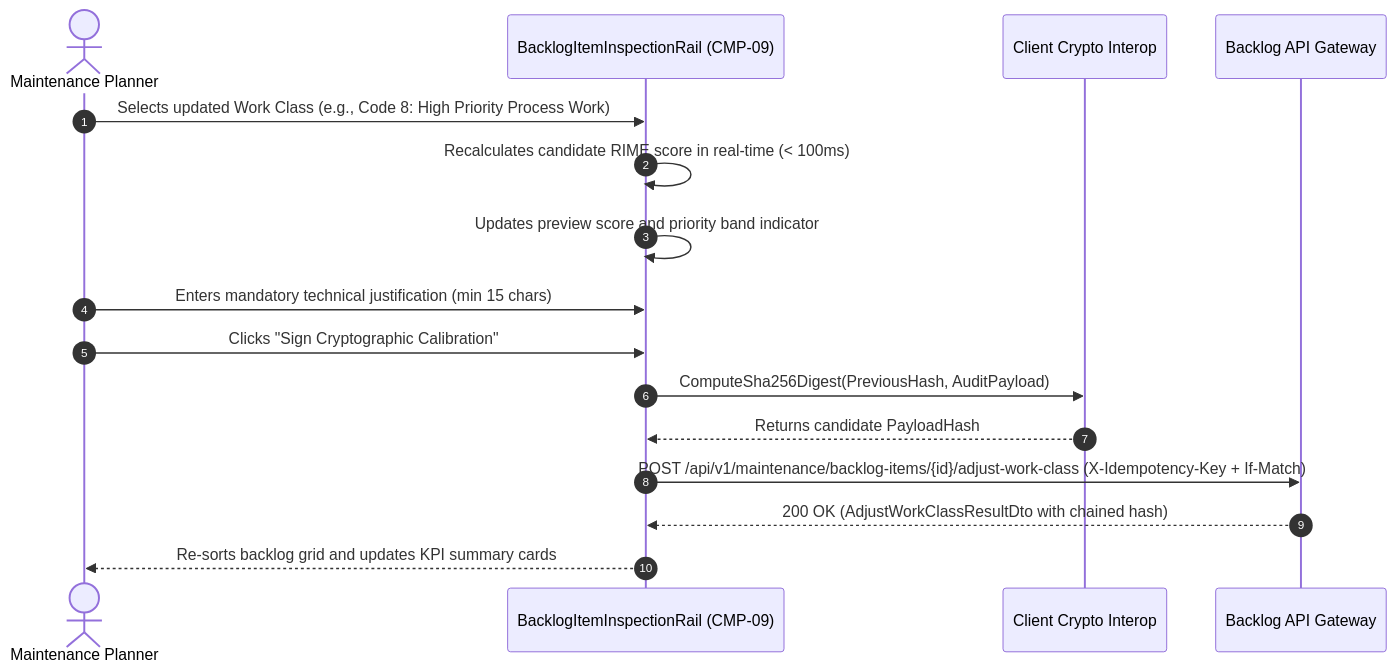
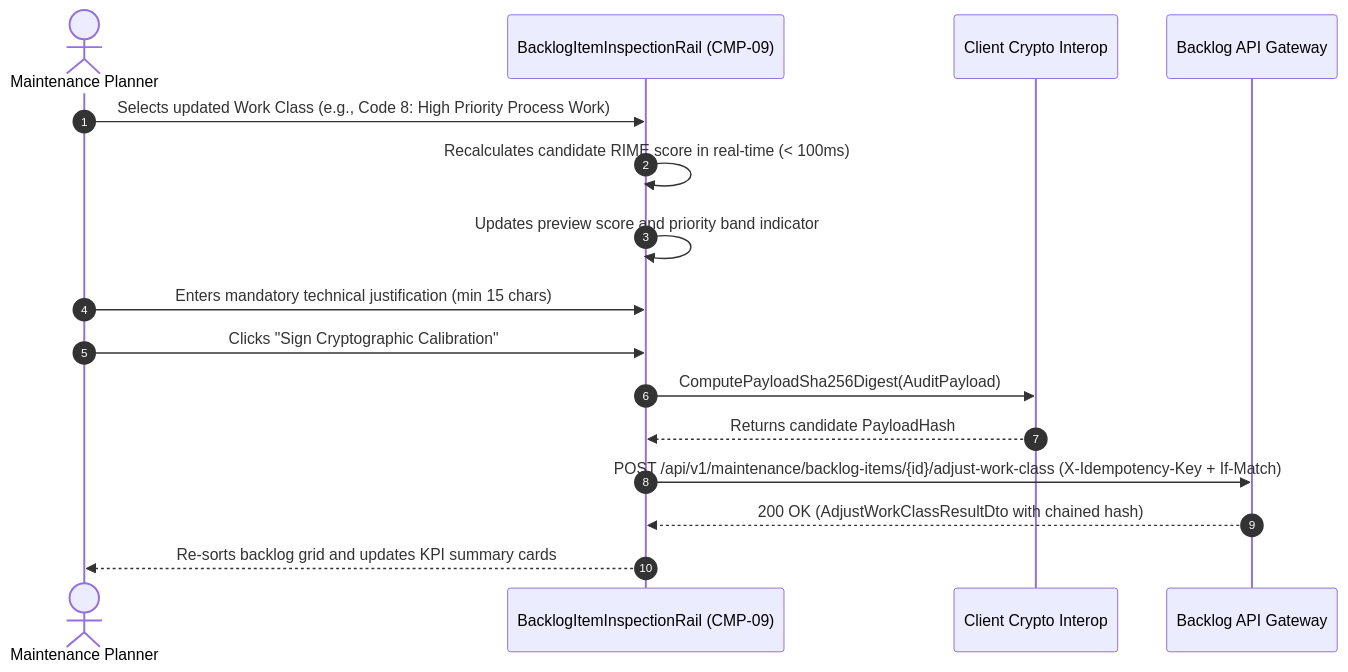
Before and after one commit to Novav20/adso-dteam-docs: the second of 2 diagrams in ui-ux/screens/mtto/SCR-MTTO-026.md, drawn with Mermaid. The commit also changed other lines of this file and 9 other files, not shown here.

````diff
--- a/ui-ux/screens/mtto/SCR-MTTO-026.md
+++ b/ui-ux/screens/mtto/SCR-MTTO-026.md
@@ -275,19 +275,19 @@
 ```mermaid
 sequenceDiagram
     autonumber
     actor Planner as Maintenance Planner
     participant Rail as BacklogItemInspectionRail (CMP-09)
     participant Interop as Client Crypto Interop
     participant API as Backlog API Gateway
 
     Planner->>Rail: Selects updated Work Class (e.g., Code 8: High Priority Process Work)
     Rail->>Rail: Recalculates candidate RIME score in real-time (< 100ms)
     Rail->>Rail: Updates preview score and priority band indicator
     Planner->>Rail: Enters mandatory technical justification (min 15 chars)
     Planner->>Rail: Clicks "Sign Cryptographic Calibration"
-    Rail->>Interop: ComputeSha256Digest(PreviousHash, AuditPayload)
+    Rail->>Interop: ComputePayloadSha256Digest(AuditPayload)
     Interop-->>Rail: Returns candidate PayloadHash
     Rail->>API: POST /api/v1/maintenance/backlog-items/{id}/adjust-work-class (X-Idempotency-Key + If-Match)
     API-->>Rail: 200 OK (AdjustWorkClassResultDto with chained hash)
     Rail-->>Planner: Re-sorts backlog grid and updates KPI summary cards
 ```
````
